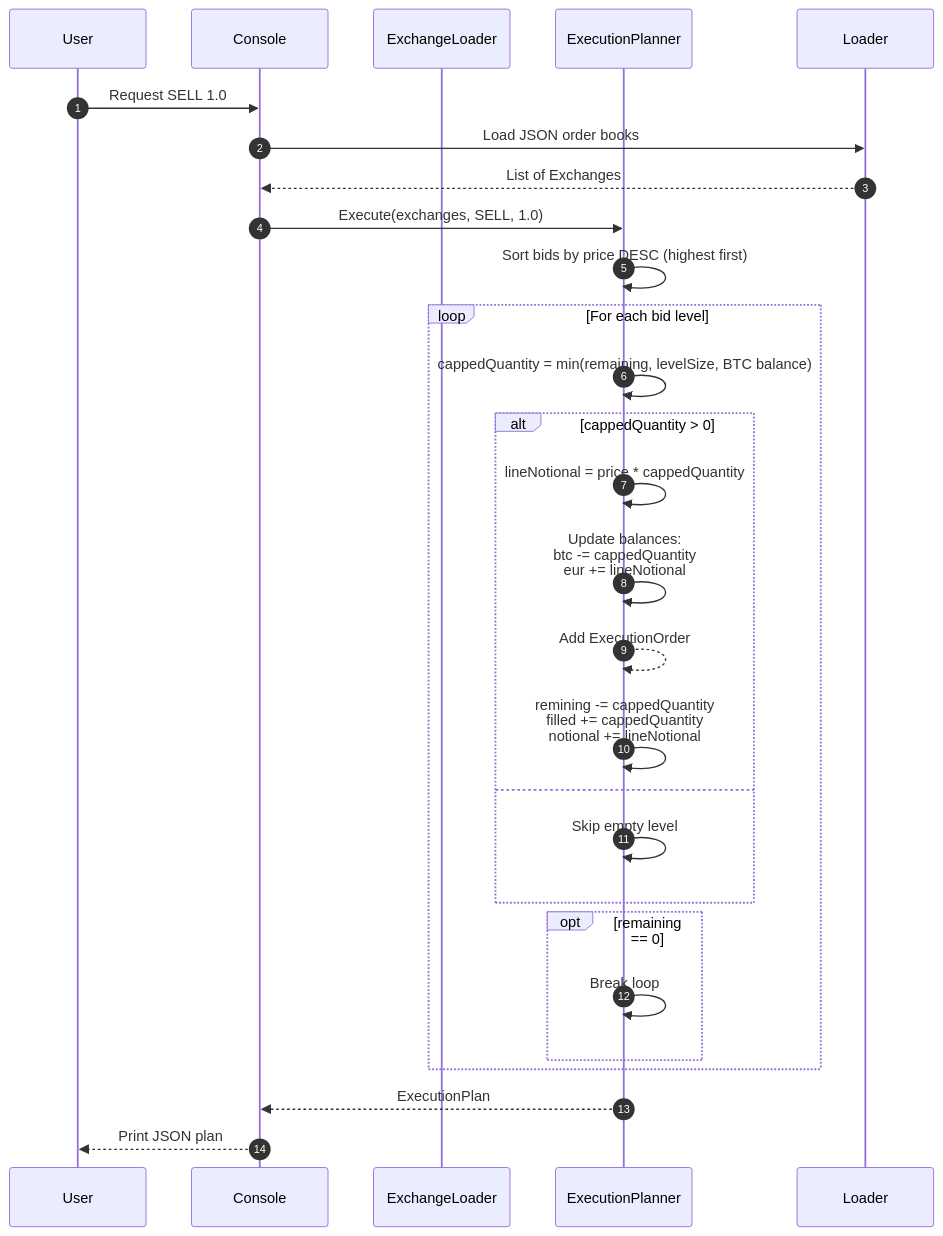
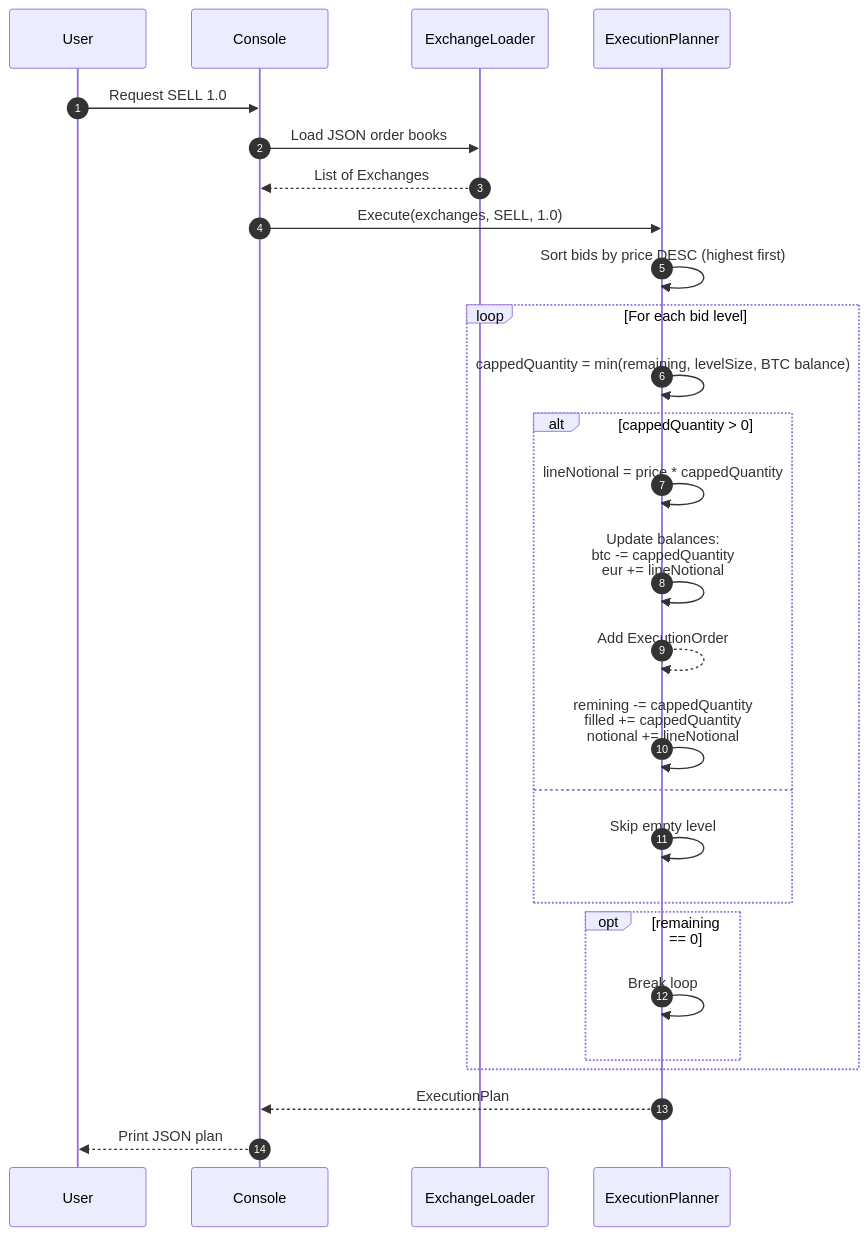
Before and after one commit to handyana-adesso/MetaExchanges: the third of 4 diagrams in README.md, drawn with Mermaid.

Commit message:
fix uml diagrams

````diff
--- a/README.md
+++ b/README.md
@@ -132,33 +132,33 @@
 	```mermaid
 	sequenceDiagram
 		autonumber
 		participant User
 		participant CLI as Console
-		participant Loade as ExchangeLoader
+		participant Loader as ExchangeLoader
 		participant Planner as ExecutionPlanner
  
 		User->>CLI: Request SELL 1.0
 		CLI->>Loader: Load JSON order books
 		Loader-->>CLI: List of Exchanges
 		CLI->>Planner: Execute(exchanges, SELL, 1.0)
 
 		Planner->>Planner: Sort bids by price DESC (highest first)
 
 		loop For each bid level
 			Planner->>Planner: cappedQuantity = min(remaining, levelSize, BTC balance)
 			alt cappedQuantity > 0
 				Planner->>Planner: lineNotional = price * cappedQuantity
 				Planner->>Planner: Update balances:<br/>btc -= cappedQuantity<br/>eur += lineNotional
 				Planner-->>Planner: Add ExecutionOrder
 				Planner->>Planner: remining -= cappedQuantity<br/>filled += cappedQuantity<br/>notional += lineNotional
 			else
 				Planner->>Planner: Skip empty level
 			end
 			opt remaining == 0
 				Planner->>Planner: Break loop
 			end
 		end
 
 		Planner-->>CLI: ExecutionPlan
 		CLI-->>User: Print JSON plan
 	```
````
